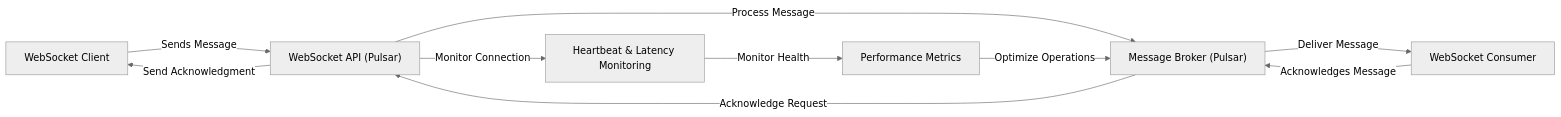
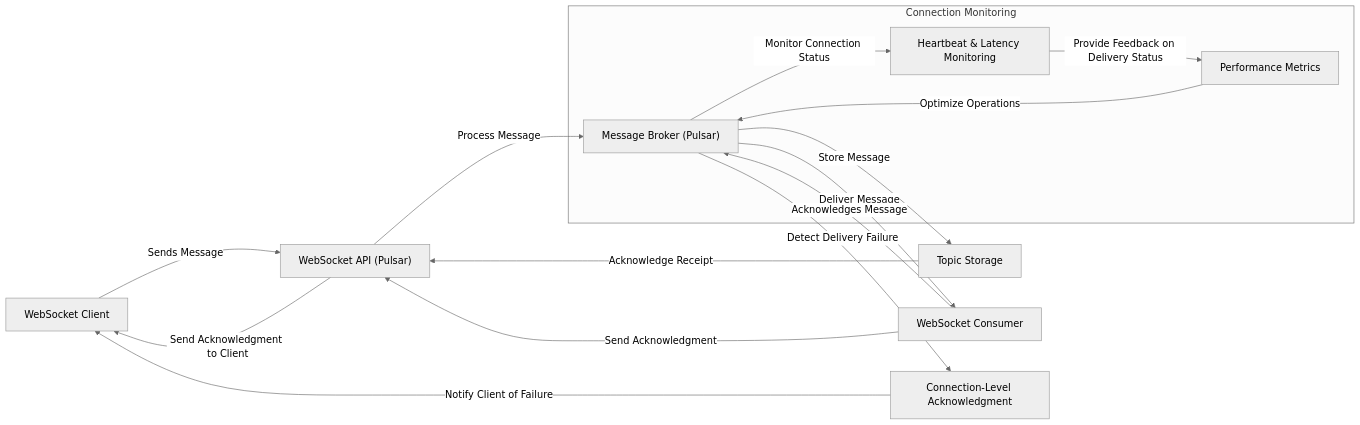
The diagram in README.md (kartheekmedathati/simple_pulsar_example), drawn with Mermaid (neutral theme) before and after one commit.

````diff
--- a/README.md
+++ b/README.md
@@ -4,12 +4,24 @@
 ```mermaid
 graph LR;
     A[WebSocket Client] -->|Sends Message| B["WebSocket API (Pulsar)"];
     B -->|Process Message| C["Message Broker (Pulsar)"];
-    C -->|Deliver Message| D[WebSocket Consumer];
-    D -->|Acknowledges Message| C;
-    C -->|Acknowledge Request| B;
-    B -->|Send Acknowledgment| A;
-    B -->|Monitor Connection| E[Heartbeat & Latency Monitoring];
-    E -->|Monitor Health| F[Performance Metrics];
-    F -->|Optimize Operations| C;
+    C -->|Store Message| D[Topic Storage];
+    D -->|Acknowledge Receipt| B;
+    
+    C -->|Deliver Message| E[WebSocket Consumer];
+    E -->|Acknowledges Message| C;
+    
+    E -->|Send Acknowledgment| B;
+    B -->|Send Acknowledgment to Client| A;
+
+    subgraph Connection Monitoring
+        F[Heartbeat & Latency Monitoring] 
+        C -->|Monitor Connection Status| F;
+        F -->|Provide Feedback on Delivery Status| G[Performance Metrics];
+        G -->|Optimize Operations| C;
+    end
+
+    %% Connection-Level Acknowledgment
+    C -->|Detect Delivery Failure| H[Connection-Level Acknowledgment];
+    H -->|Notify Client of Failure| A;
 ```
````
